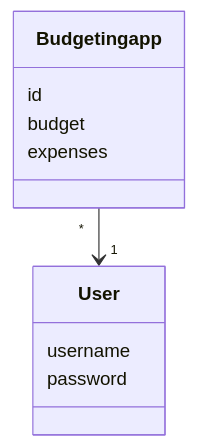
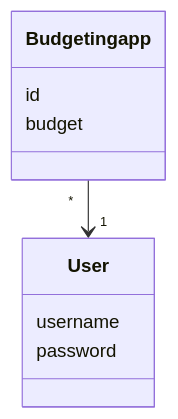
Before and after one commit to SamiKazan/BudjetointiSovellus: the first of 4 diagrams in dokumentaatio/arkkitehtuuri.md, drawn with Mermaid. The commit also changed other lines of this file, not shown here.

````diff
--- a/dokumentaatio/arkkitehtuuri.md
+++ b/dokumentaatio/arkkitehtuuri.md
@@ -30,13 +30,12 @@
 ```mermaid
  classDiagram
       Budgetingapp "*" --> "1" User
       class User{
           username
           password
       }
       class Budgetingapp{
           id
           budget
-          expenses
       }
 ```
````
